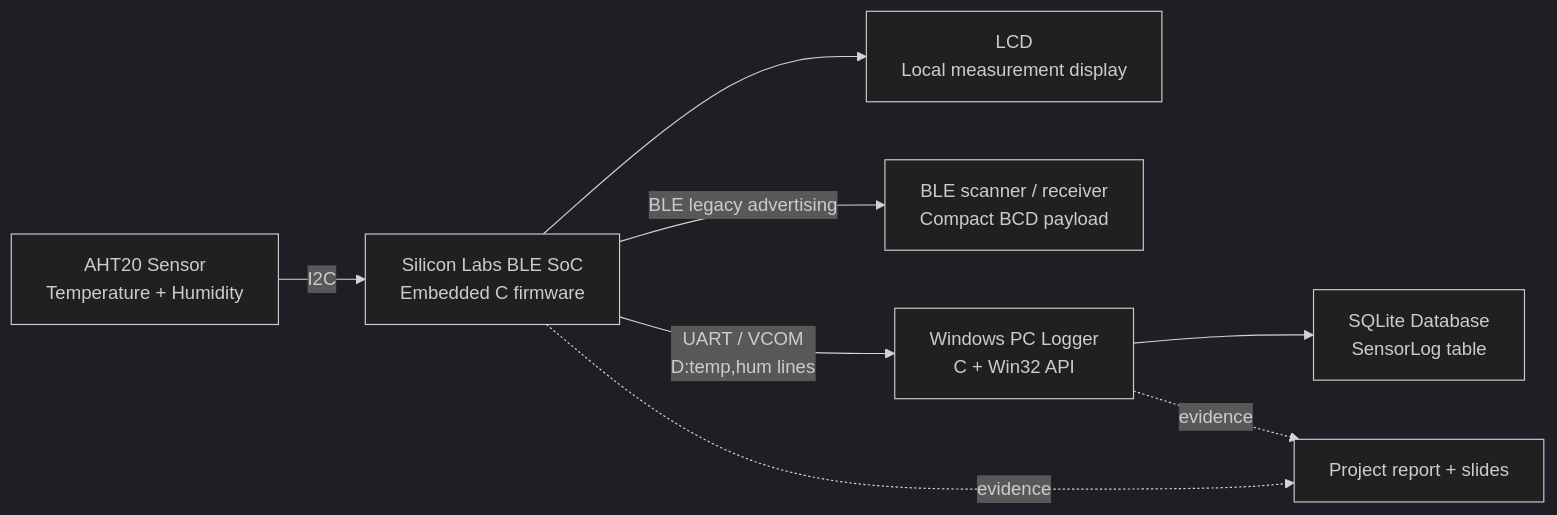
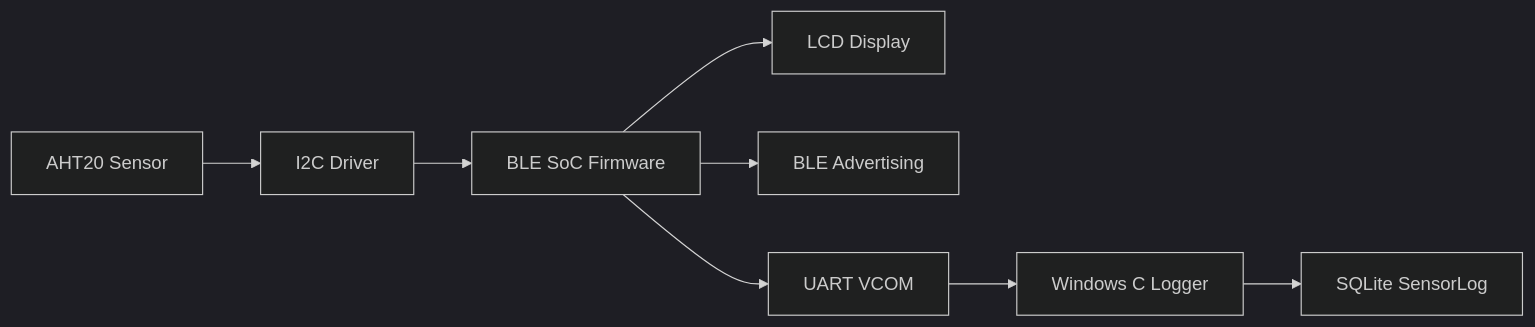
One commit to lhlizdabezt/ThucHanhGTMT changed the diagram in README.md. Above: the diagram before and after it, drawn with Mermaid (dark theme). The commit also changed other lines of this file and 1 other file, not shown here.

````diff
--- a/README.md
+++ b/README.md
@@ -32,10 +34,10 @@
 ```mermaid
 flowchart LR
-  A["AHT20 Sensor<br/>Temperature + Humidity"] -->|I2C| B["Silicon Labs BLE SoC<br/>Embedded C firmware"]
-  B --> C["LCD<br/>Local measurement display"]
-  B -->|BLE legacy advertising| D["BLE scanner / receiver<br/>Compact BCD payload"]
-  B -->|UART / VCOM<br/>D:temp,hum lines| E["Windows PC Logger<br/>C + Win32 API"]
-  E --> F["SQLite Database<br/>SensorLog table"]
-  B -. evidence .-> G["Project report + slides"]
-  E -. evidence .-> G
+  A["AHT20 Sensor"] --> B["I2C Driver"]
+  B --> C["BLE SoC Firmware"]
+  C --> D["LCD Display"]
+  C --> E["BLE Advertising"]
+  C --> F["UART VCOM"]
+  F --> G["Windows C Logger"]
+  G --> H["SQLite SensorLog"]
 ```
````
